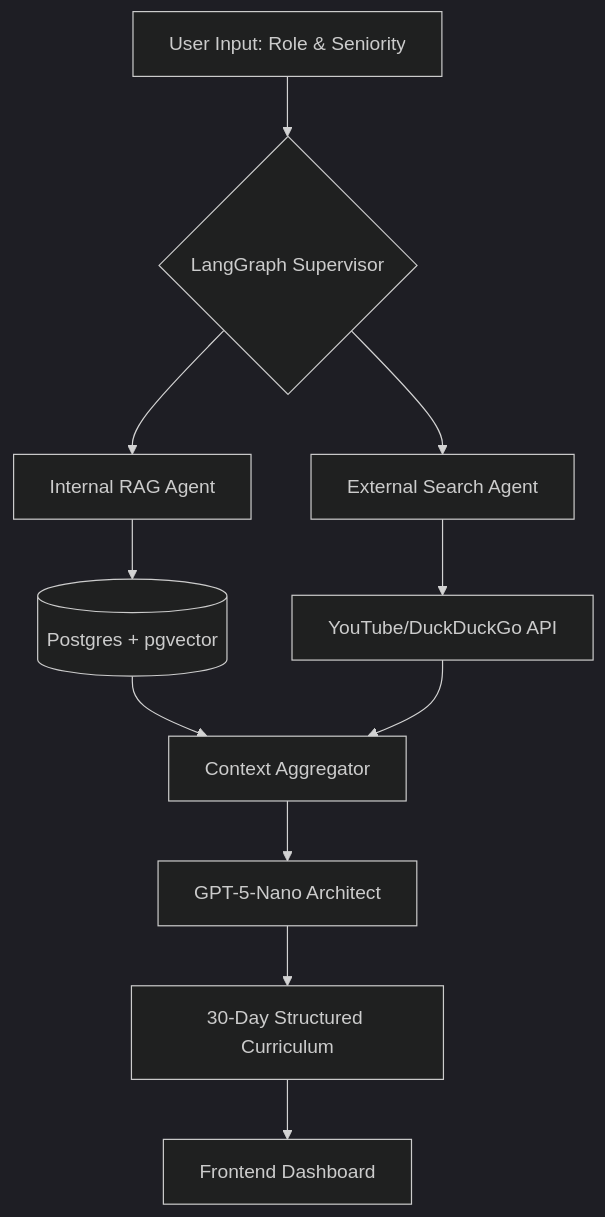
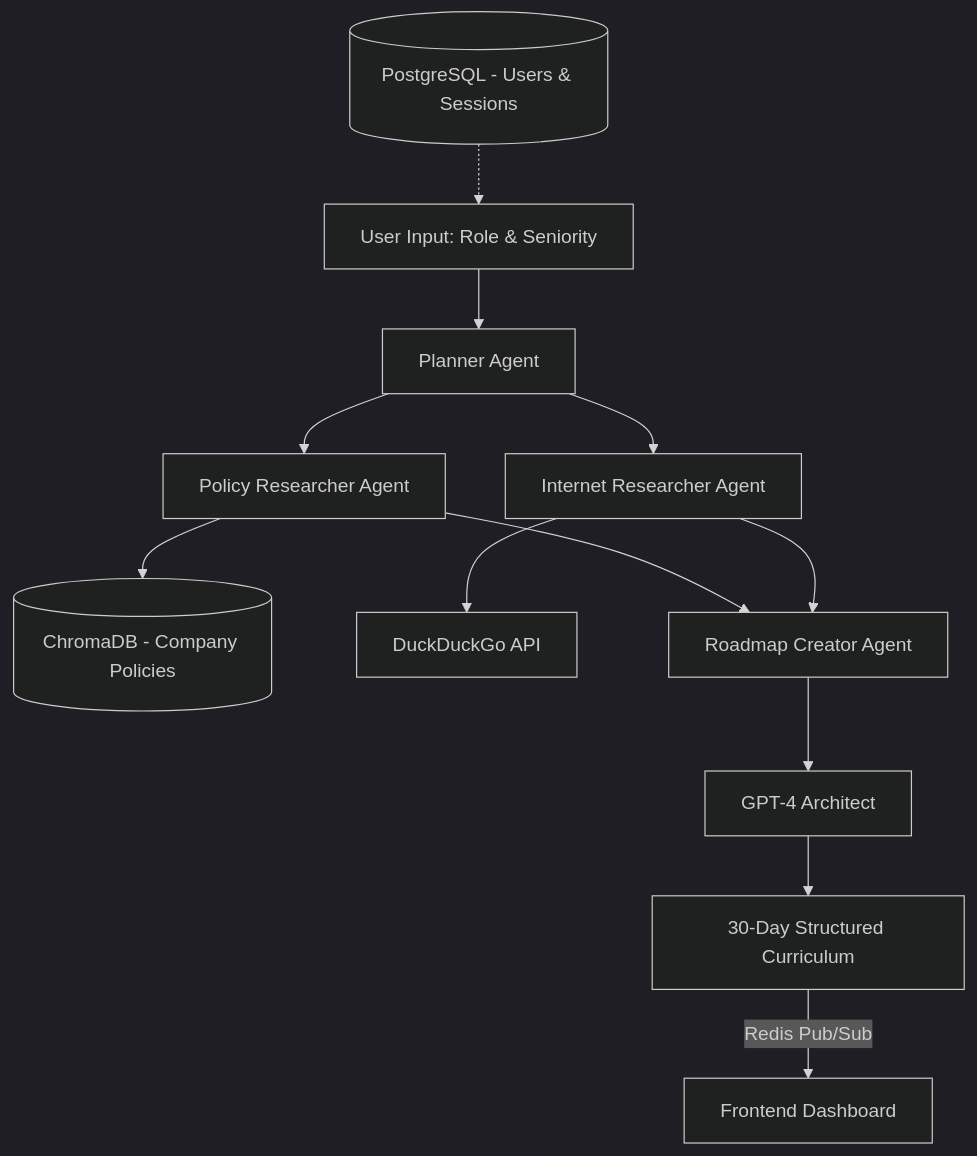
The diagram in README.md (kevalrajpalknight/proactive-onboarding-engine), drawn with Mermaid (dark theme) before and after one commit. The commit also changed other lines of this file and 3 other files, not shown here.

````diff
--- a/README.md
+++ b/README.md
@@ -33,14 +34,15 @@
 ```mermaid
 graph TD;
-    A[User Input: Role & Seniority] --> B{LangGraph Supervisor};
-    B --> C[Internal RAG Agent];
-    B --> D[External Search Agent];
-    C --> E[(Postgres + pgvector)];
-    D --> F[YouTube/DuckDuckGo API];
-    E --> G[Context Aggregator];
-    F --> G;
-    G --> H[GPT-5-Nano Architect];
+    A[User Input: Role & Seniority] --> B[Planner Agent];
+    B --> C[Policy Researcher Agent];
+    B --> D[Internet Researcher Agent];
+    C --> E[(ChromaDB - Company Policies)];
+    D --> F[DuckDuckGo API];
+    C --> G[Roadmap Creator Agent];
+    D --> G;
+    G --> H[GPT-4 Architect];
     H --> I[30-Day Structured Curriculum];
-    I --> J[Frontend Dashboard];
+    I -->|Redis Pub/Sub| J[Frontend Dashboard];
+    K[(PostgreSQL - Users & Sessions)] -.-> A;
 
 ```
````
